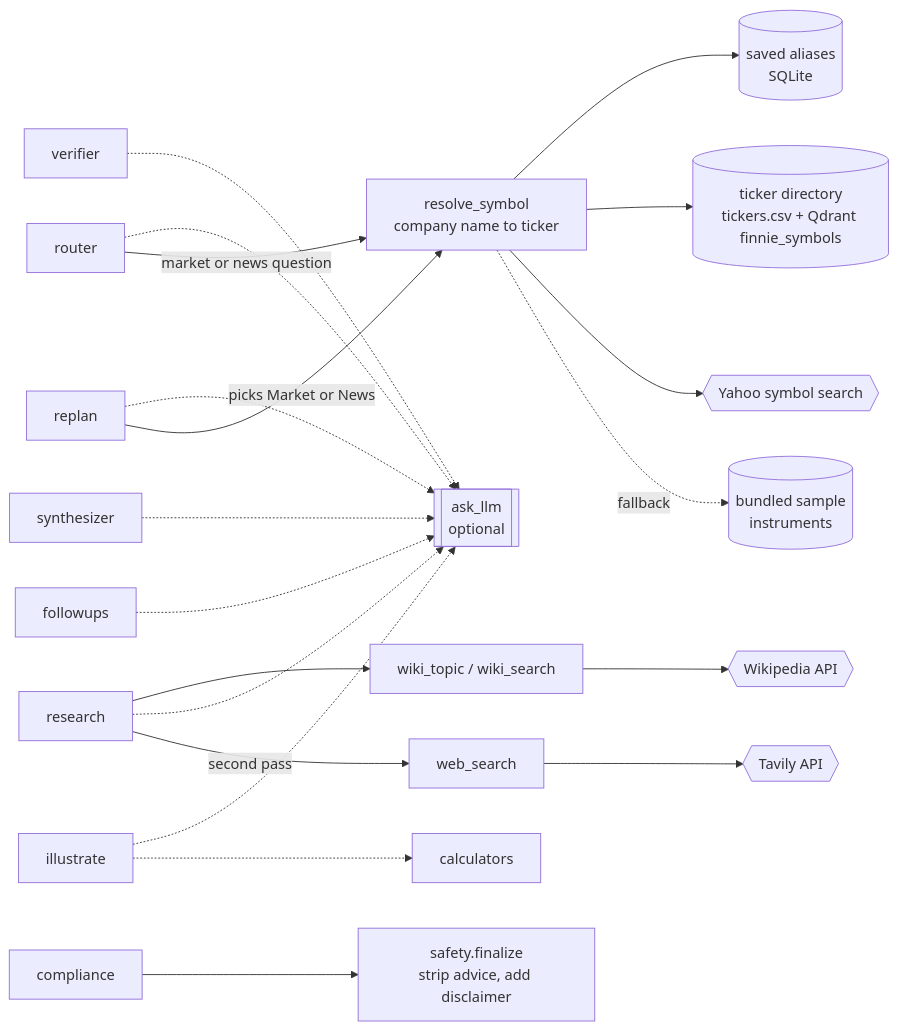
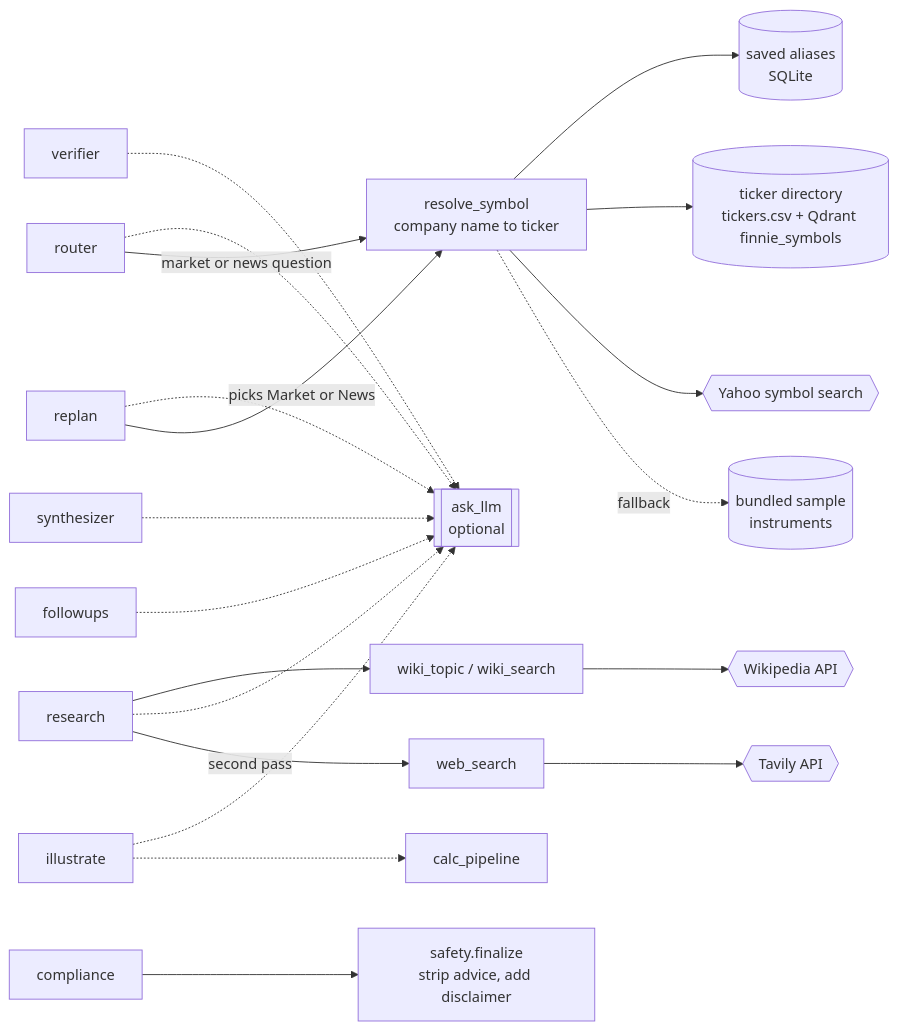
One commit to kyloop/AI-Finance-Assistant changed the second of 2 diagrams in mds/agent-tools.md. Above: the diagram before and after it, drawn with Mermaid. The commit also changed other lines of this file and 1 other file, not shown here.

````diff
--- a/mds/agent-tools.md
+++ b/mds/agent-tools.md
@@ -98,23 +98,23 @@
 ```mermaid
 flowchart LR
     router[router] -.-> ask_llm[[ask_llm<br/>optional]]
     router -->|market or news question| resolve_symbol[resolve_symbol<br/>company name to ticker]
     resolve_symbol --> aliases[(saved aliases<br/>SQLite)]
     resolve_symbol --> directory[(ticker directory<br/>tickers.csv + Qdrant finnie_symbols)]
     resolve_symbol --> yahoo{{Yahoo symbol search}}
     resolve_symbol -.fallback.-> sample[(bundled sample<br/>instruments)]
 
     verifier[verifier] -.-> ask_llm
     replan[replan] -.-> ask_llm
     replan -->|picks Market or News| resolve_symbol
     research[research] --> wiki[wiki_topic / wiki_search]
     research -.-> ask_llm
     wiki --> wikipedia{{Wikipedia API}}
     research -->|second pass| websearch[web_search]
     websearch --> tavily{{Tavily API}}
     illustrate[illustrate] -.-> ask_llm
-    illustrate -.-> calculators[calculators]
+    illustrate -.-> calc_pipeline[calc_pipeline]
     synthesizer[synthesizer] -.-> ask_llm
     followups[followups] -.-> ask_llm
     compliance[compliance] --> finalize[safety.finalize<br/>strip advice, add disclaimer]
 ```
````
